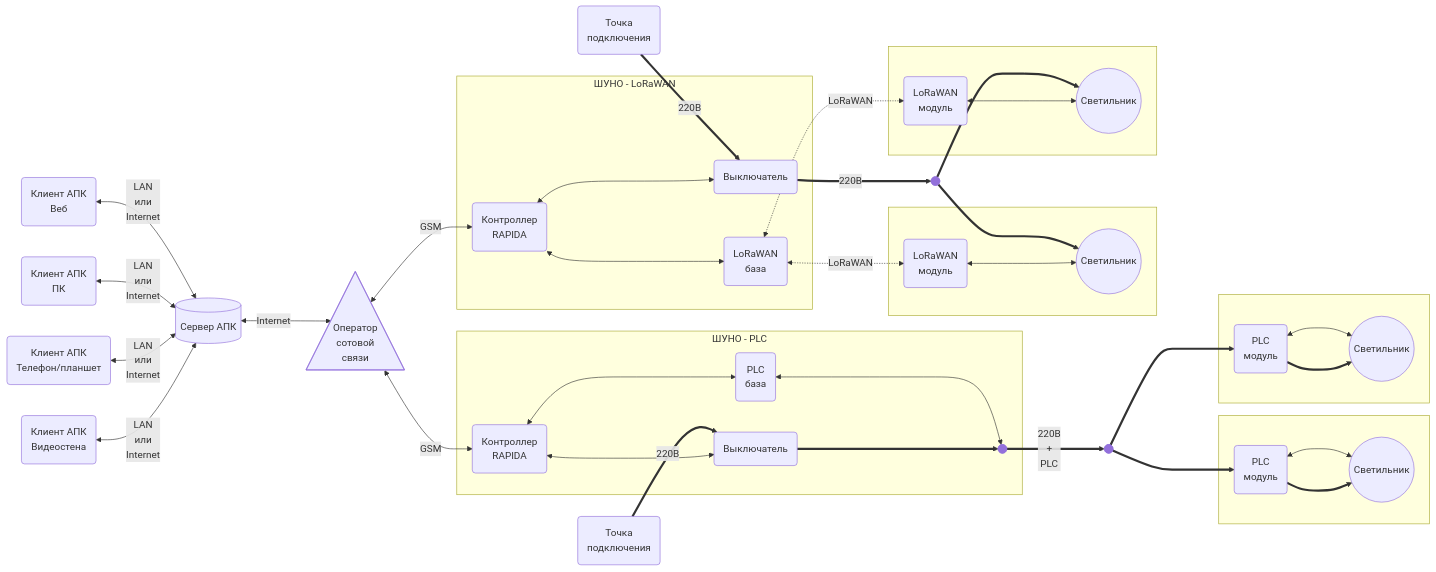
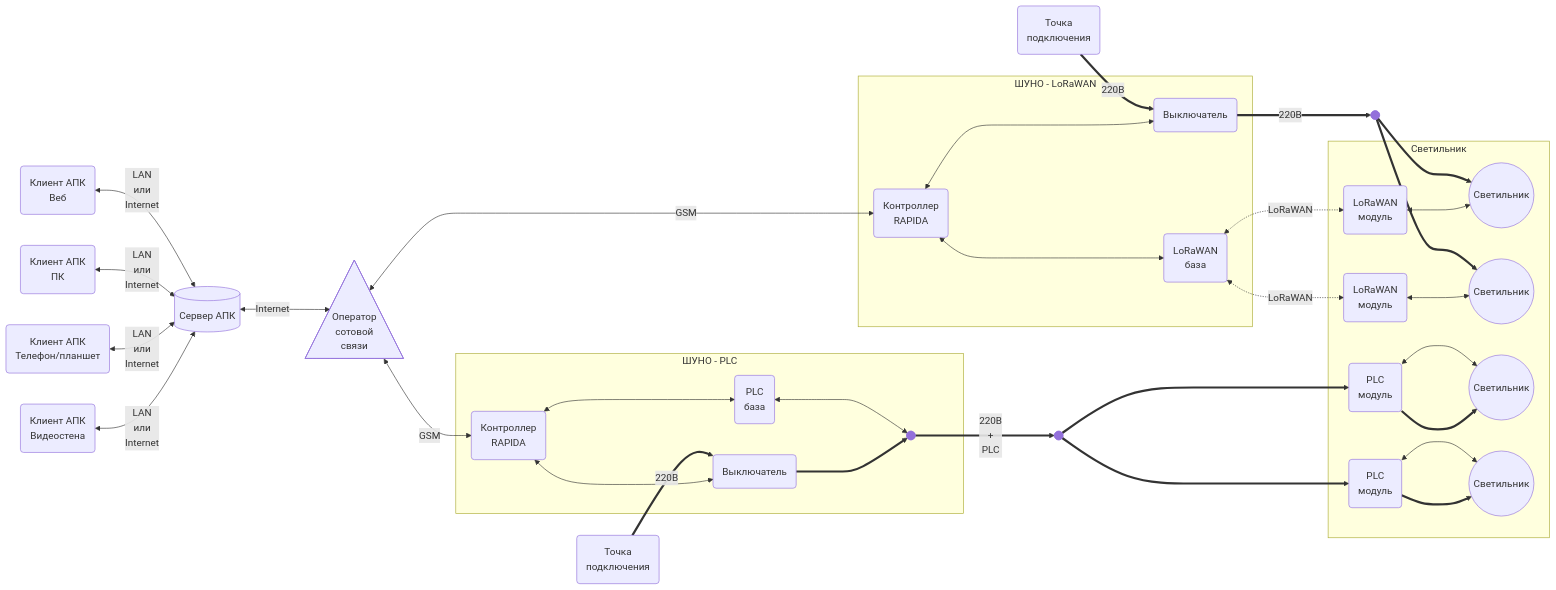
One commit to KhudyakovAlex/Svetosila changed the diagram in PRD/SvetosilaPRD.md. Above: the diagram before and after it, drawn with Mermaid. The commit also changed other lines of this file and 2 other files, not shown here.

Commit message:
Update documentation: fix Mermaid subgraph syntax

```diff
--- a/PRD/SvetosilaPRD.md
+++ b/PRD/SvetosilaPRD.md
@@ -119,12 +119,12 @@
   CB2 ===> LUM3
   CB2 ===> LUM4
 
-subgraph  
+subgraph Светильник
   LW1(LoRaWAN<br>модуль)
   LUM3((Светильник))
 end
 
-subgraph  
+subgraph Светильник
   LW2(LoRaWAN<br>модуль)
   LUM4((Светильник))
 end
@@ -155,12 +155,12 @@
   CB1 ===> PLC1
   CB1 ===> PLC2
 
-subgraph  
+subgraph Светильник
   PLC1(PLC<br>модуль)
   LUM1((Светильник))
 end
 
-subgraph  
+subgraph Светильник
   PLC2(PLC<br>модуль)
   LUM2((Светильник))  
 end
```
